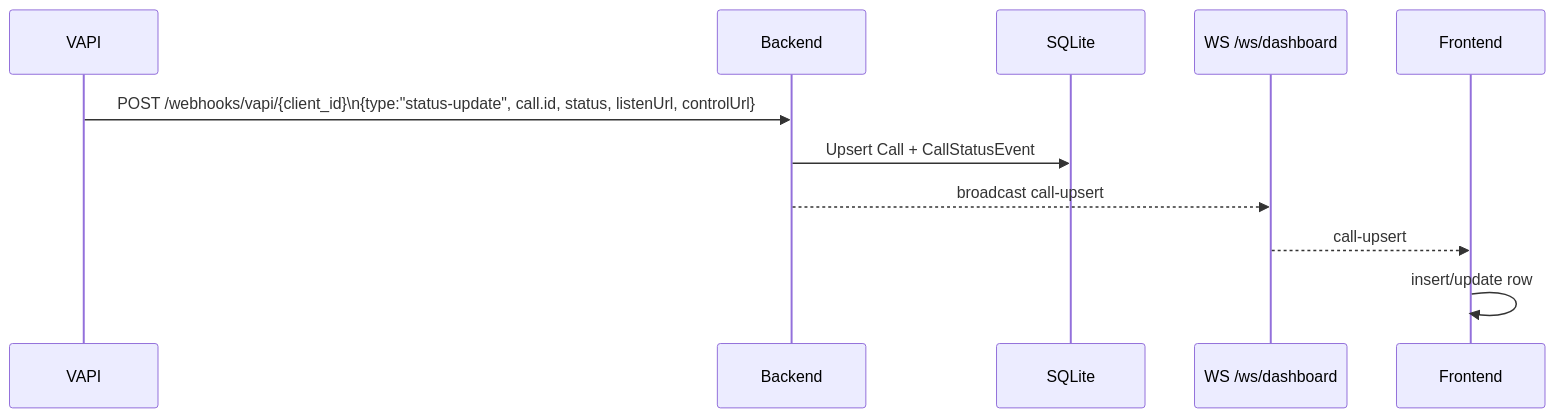
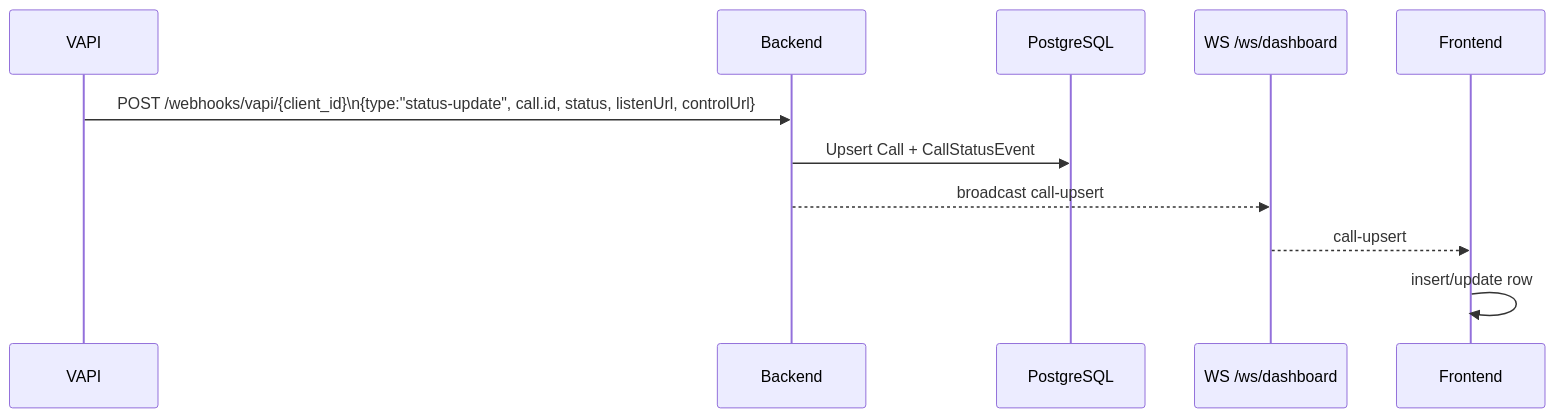
Before and after one commit to ronaks2309/fe-inbound-panel: the second of 4 diagrams in readme.md, drawn with Mermaid. The commit also changed other lines of this file and 5 other files, not shown here.

````diff
--- a/readme.md
+++ b/readme.md
@@ -242,14 +242,14 @@
 ```mermaid
 sequenceDiagram
   participant V as VAPI
   participant B as Backend
-  participant DB as SQLite
+  participant DB as PostgreSQL
   participant W as WS /ws/dashboard
   participant F as Frontend
 
   V->>B: POST /webhooks/vapi/{client_id}\n{type:"status-update", call.id, status, listenUrl, controlUrl}
   B->>DB: Upsert Call + CallStatusEvent
   B-->>W: broadcast call-upsert
   W-->>F: call-upsert
   F->>F: insert/update row
 ```
````
